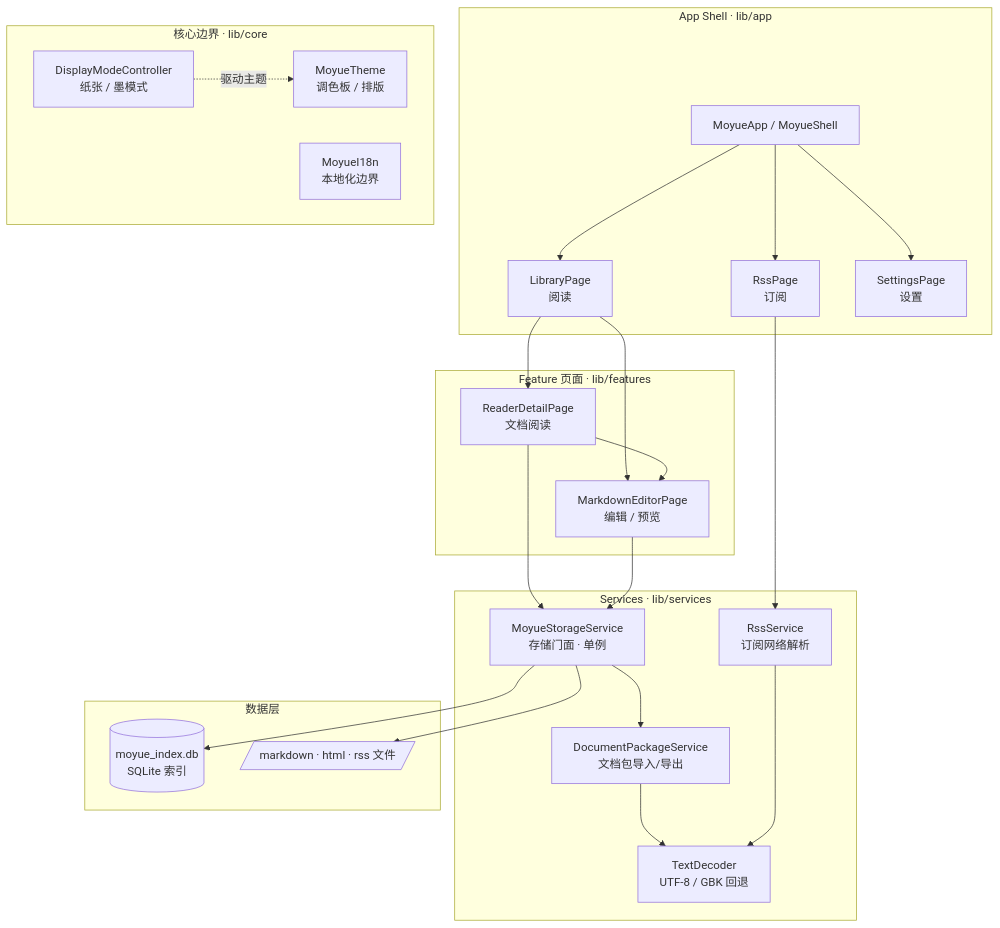
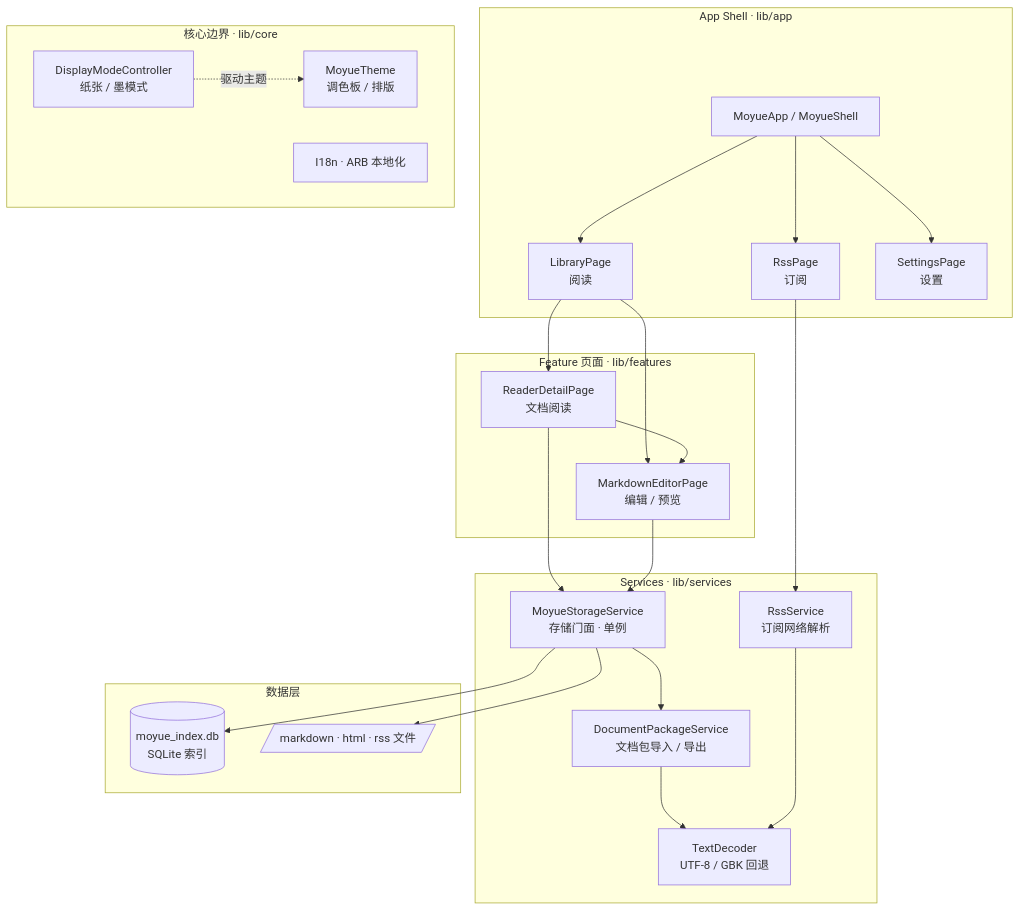
One commit to ouyangyanhuo/moyue changed the first of 2 diagrams in README.md. Above: the diagram before and after it, drawn with Mermaid. The commit also changed other lines of this file and 8 other files, not shown here.

````diff
--- a/README.md
+++ b/README.md
@@ -19,43 +199,43 @@
 ```mermaid
 flowchart TD
     subgraph SHELL[App Shell · lib/app]
         A[MoyueApp / MoyueShell]
         A --> B[LibraryPage<br/>阅读]
         A --> C[RssPage<br/>订阅]
         A --> D[SettingsPage<br/>设置]
     end
 
     subgraph FEAT[Feature 页面 · lib/features]
         B --> E[ReaderDetailPage<br/>文档阅读]
         B --> F[MarkdownEditorPage<br/>编辑 / 预览]
         E --> F
     end
 
     subgraph CORE[核心边界 · lib/core]
         G[DisplayModeController<br/>纸张 / 墨模式]
         H[MoyueTheme<br/>调色板 / 排版]
-        I[MoyueI18n<br/>本地化边界]
+        I[I18n · ARB 本地化]
     end
 
     subgraph SVC[Services · lib/services]
         J[MoyueStorageService<br/>存储门面 · 单例]
-        K[DocumentPackageService<br/>文档包导入/导出]
+        K[DocumentPackageService<br/>文档包导入 / 导出]
         L[RssService<br/>订阅网络解析]
         M[TextDecoder<br/>UTF-8 / GBK 回退]
     end
 
     subgraph DATA[数据层]
         N[(moyue_index.db<br/>SQLite 索引)]
         O[/markdown · html · rss 文件/]
     end
 
     E --> J
     F --> J
     C --> L
     J --> K
     J --> N
     J --> O
     K --> M
     L --> M
     G -.驱动主题.-> H
 ```
````
